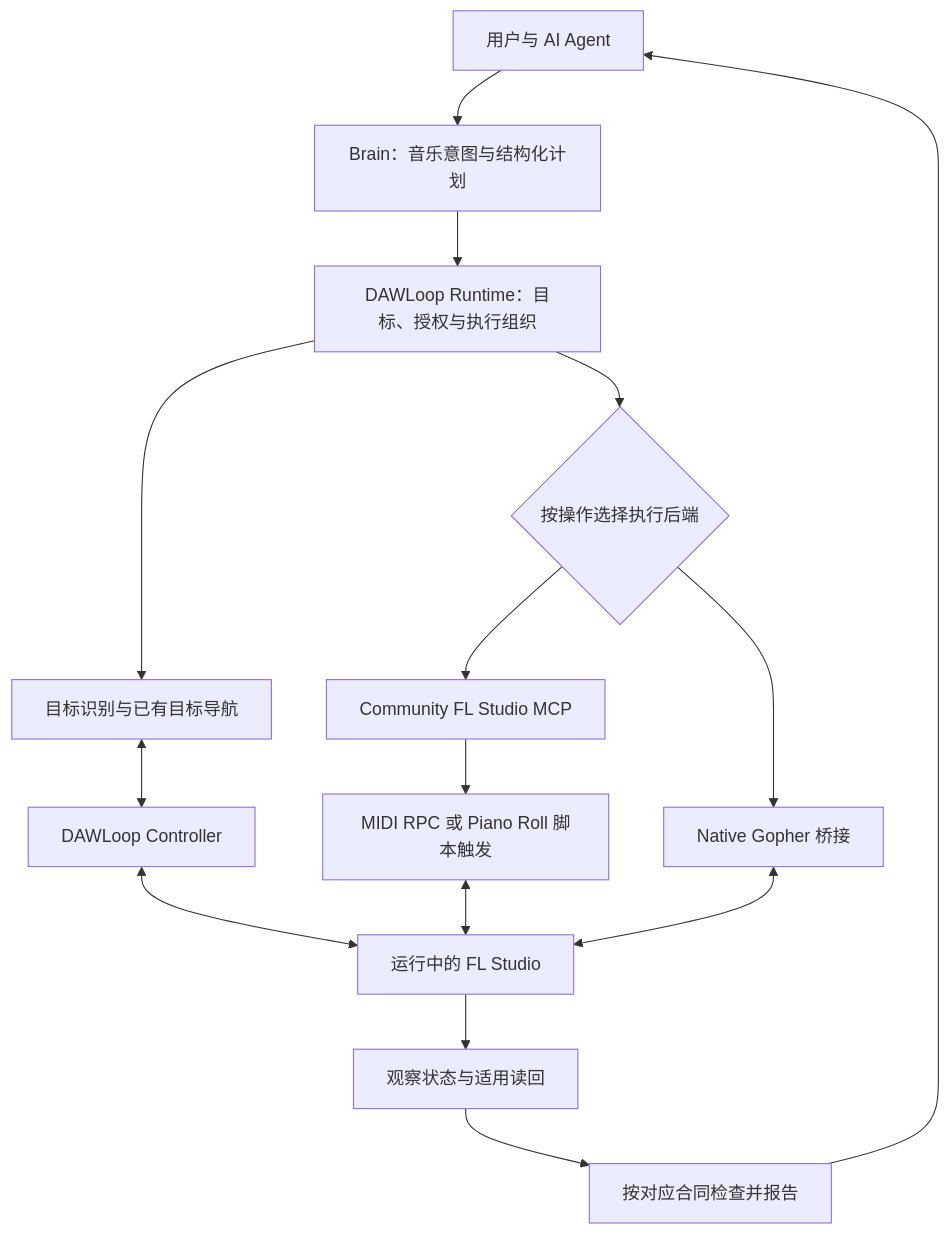
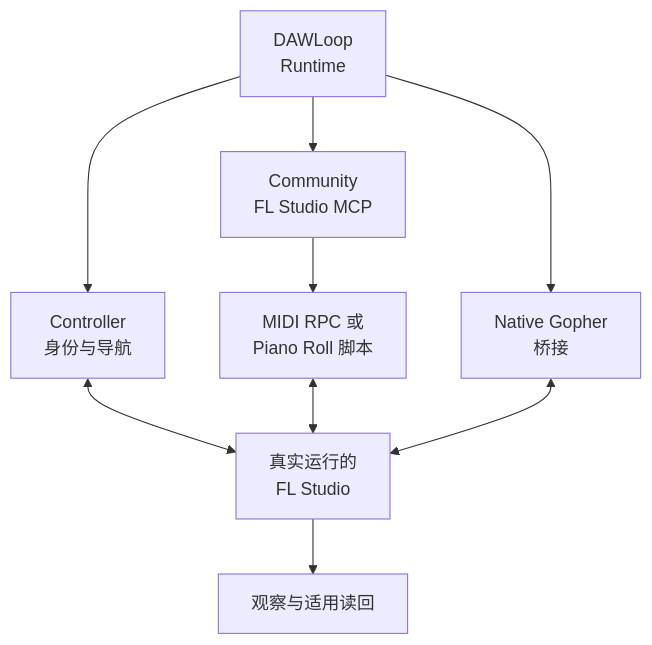
One commit to ryurikoneko/DAWLoop changed the third of 5 diagrams in README.md. Above: the diagram before and after it, drawn with Mermaid. The commit also changed other lines of this file and 12 other files, not shown here.

````diff
--- a/README.md
+++ b/README.md
@@ -95,17 +92,11 @@
 ```mermaid
 flowchart TD
-    U[用户与 AI Agent] --> P[Brain：音乐意图与结构化计划]
-    P --> R[DAWLoop Runtime：目标、授权与执行组织]
-    R --> T[目标识别与已有目标导航]
-    T <--> C[DAWLoop Controller]
-    C <--> FL[运行中的 FL Studio]
-    R --> E{按操作选择执行后端}
-    E --> M[Community FL Studio MCP]
-    M --> CM[MIDI RPC 或 Piano Roll 脚本触发]
-    CM <--> FL
-    E --> N[Native Gopher 桥接]
-    N <--> FL
-    FL --> O[观察状态与适用读回]
-    O --> V[按对应合同检查并报告]
-    V --> U
+    R[DAWLoop<br/>Runtime] --> C[Controller<br/>身份与导航]
+    C <--> F[真实运行的<br/>FL Studio]
+    R --> M[Community<br/>FL Studio MCP]
+    M --> T[MIDI RPC 或<br/>Piano Roll 脚本]
+    T <--> F
+    R --> N[Native Gopher<br/>桥接]
+    N <--> F
+    F --> O[观察与适用读回]
 ```
````
